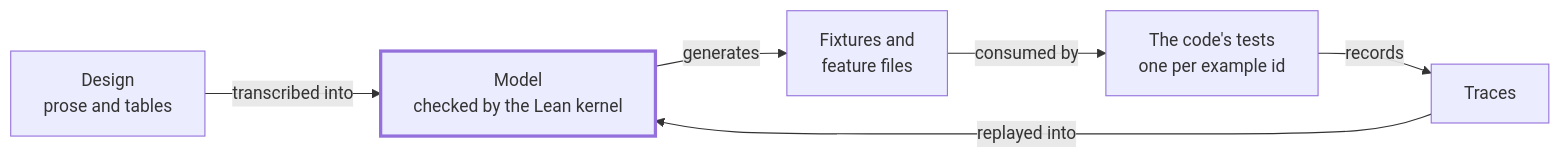
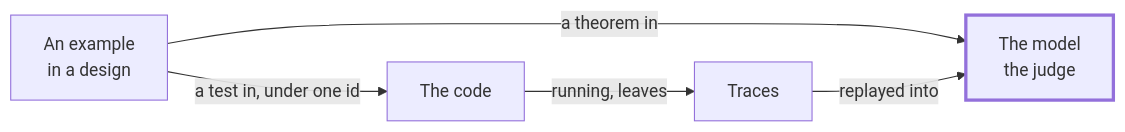
Before and after one commit to matthew-bram/cell-architecture-calculus: the diagram in .claude/skills/authorship/references/figures.md, drawn with Mermaid. The commit also changed other lines of this file and 5 other files, not shown here.

````diff
--- a/.claude/skills/authorship/references/figures.md
+++ b/.claude/skills/authorship/references/figures.md
@@ -75,9 +75,8 @@
 ```mermaid
 flowchart LR
-    D["Design<br/>prose and tables"] -->|transcribed into| M["Model<br/>checked by the Lean kernel"]
-    M -->|generates| F["Fixtures and<br/>feature files"]
-    F -->|consumed by| C["The code's tests<br/>one per example id"]
-    C -->|records| T["Traces"]
+    D["An example<br/>in a design"] -->|a theorem in| M["The model<br/>the judge"]
+    D -->|a test in, under one id| C["The code"]
+    C -->|running, leaves| T["Traces"]
     T -->|replayed into| M
     style M stroke-width:3px
 ```
````
